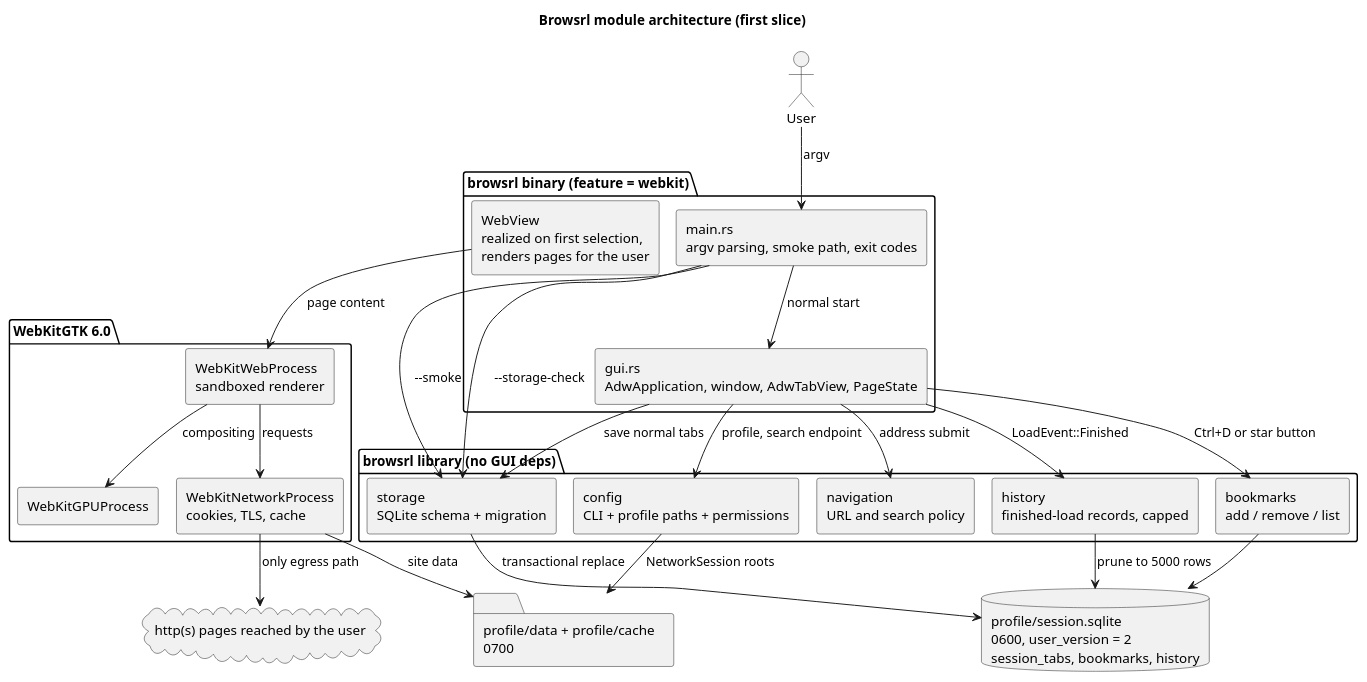
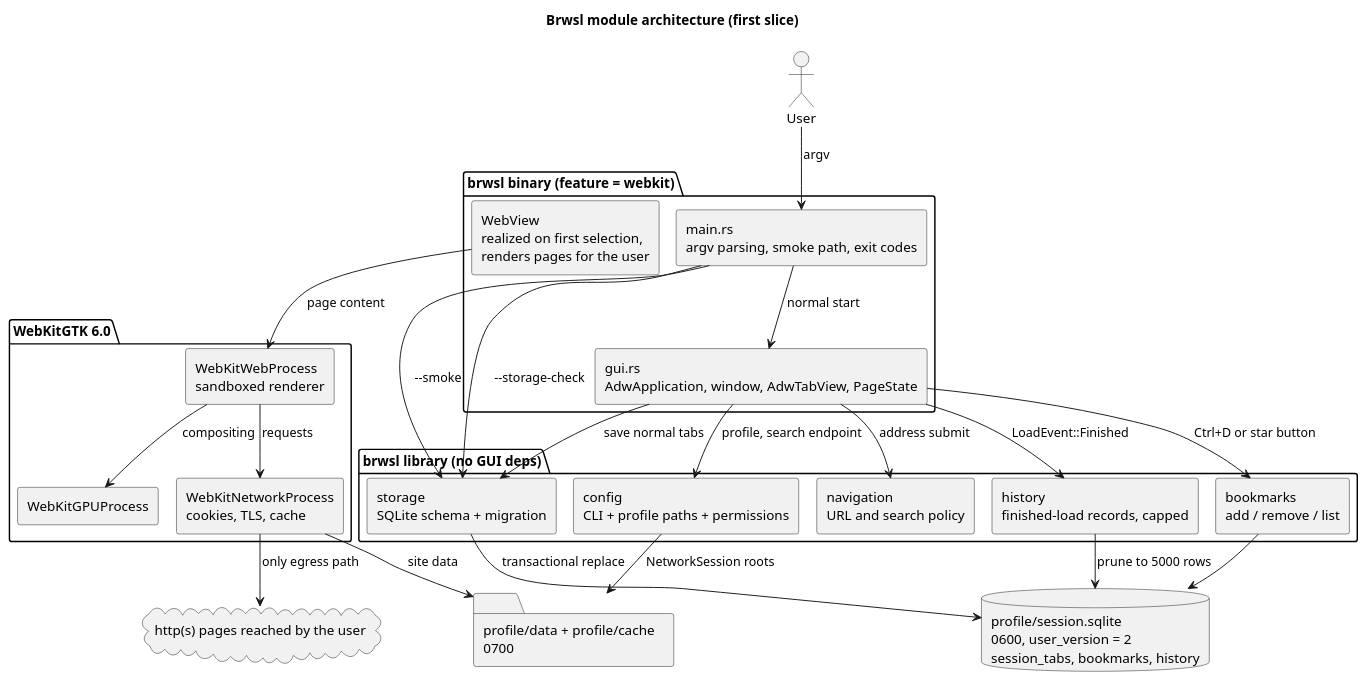
The diagram in diagrams/architecture.puml (mariobgsp/browsrl), drawn with PlantUML before and after one commit. The commit also changed 37 other files, not shown here.

```diff
--- a/diagrams/architecture.puml
+++ b/diagrams/architecture.puml
@@ -1,52 +1,52 @@
 @startuml
 !pragma layout smetana
-title Browsrl module architecture (first slice)
+title Brwsl module architecture (first slice)
 
 skinparam componentStyle rectangle
 skinparam shadowing false
 
 actor User
 
-package "browsrl binary (feature = webkit)" as Shell {
+package "brwsl binary (feature = webkit)" as Shell {
   rectangle "main.rs\nargv parsing, smoke path, exit codes" as Main
   rectangle "gui.rs\nAdwApplication, window, AdwTabView, PageState" as Gui
   rectangle "WebView\nrealized on first selection,\nrenders pages for the user" as WebView
 }
 
-package "browsrl library (no GUI deps)" as Core {
+package "brwsl library (no GUI deps)" as Core {
   rectangle "config\nCLI + profile paths + permissions" as Config
   rectangle "navigation\nURL and search policy" as Navigation
   rectangle "storage\nSQLite schema + migration" as Storage
   rectangle "bookmarks\nadd / remove / list" as Bookmarks
   rectangle "history\nfinished-load records, capped" as History
 }
 
 package "WebKitGTK 6.0" as WebKit {
   rectangle "WebKitWebProcess\nsandboxed renderer" as WebProc
   rectangle "WebKitNetworkProcess\ncookies, TLS, cache" as NetProc
   rectangle "WebKitGPUProcess" as GPUProc
 }
 
 database "profile/session.sqlite\n0600, user_version = 2\nsession_tabs, bookmarks, history" as Db
 folder "profile/data + profile/cache\n0700" as WebsiteData
 cloud "http(s) pages reached by the user" as Pages
 
 User --> Main : argv
 Main --> Gui : normal start
 Main --> Storage : --smoke
 Main --> Storage : --storage-check
 Gui --> Config : profile, search endpoint
 Gui --> Navigation : address submit
 Gui --> Storage : save normal tabs
 Gui --> Bookmarks : Ctrl+D or star button
 Gui --> History : LoadEvent::Finished
 Storage --> Db : transactional replace
 Bookmarks --> Db
 History --> Db : prune to 5000 rows
 Config --> WebsiteData : NetworkSession roots
 WebView --> WebProc : page content
 WebProc --> NetProc : requests
 WebProc --> GPUProc : compositing
 NetProc --> WebsiteData : site data
 NetProc --> Pages : only egress path
 @enduml
```
